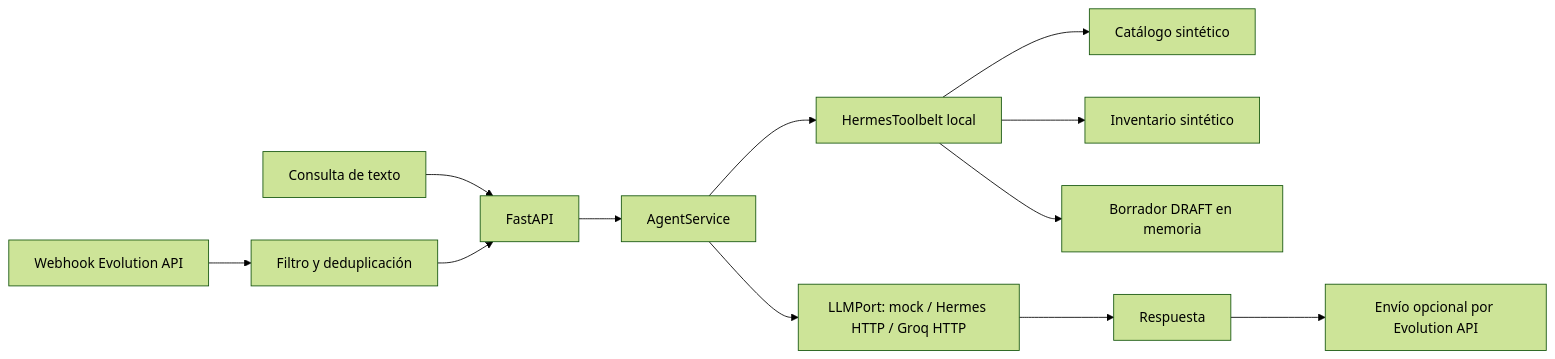
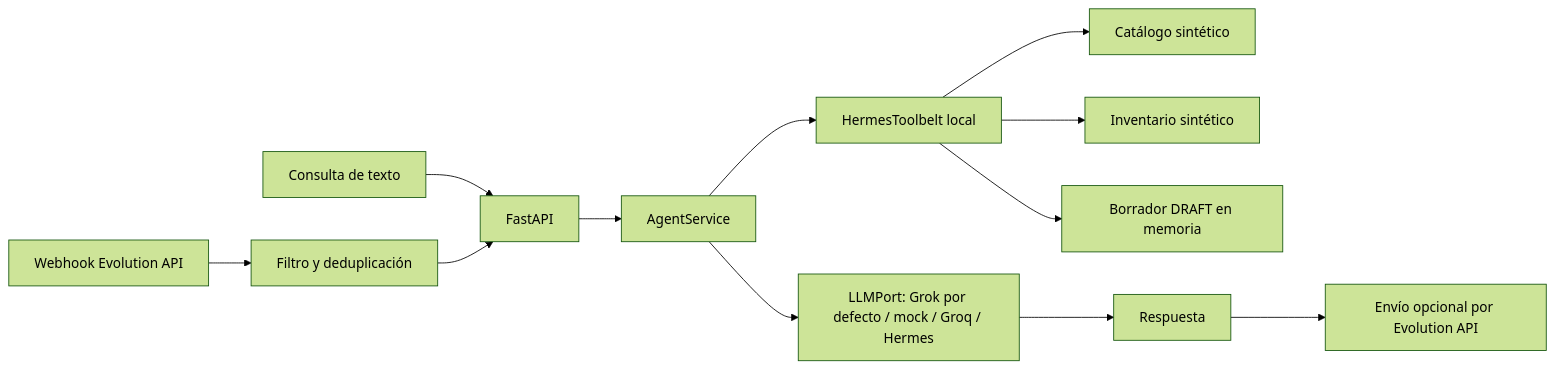
One commit to TuMinipeka/Xeon-agente-cotizaciones changed the diagram in README.md. Above: the diagram before and after it, drawn with Mermaid (forest theme). The commit also changed other lines of this file and 13 other files, not shown here.

````diff
--- a/README.md
+++ b/README.md
@@ -92,13 +98,13 @@
 ```mermaid
 flowchart LR
     C[Consulta de texto] --> A[FastAPI]
     W[Webhook Evolution API] --> F[Filtro y deduplicación] --> A
     A --> S[AgentService]
     S --> T[HermesToolbelt local]
     T --> P[Catálogo sintético]
     T --> I[Inventario sintético]
     T --> Q[Borrador DRAFT en memoria]
-    S --> L[LLMPort: mock / Hermes HTTP / Groq HTTP]
+    S --> L[LLMPort: Grok por defecto / mock / Groq / Hermes]
     L --> R[Respuesta]
     R --> E[Envío opcional por Evolution API]
 ```
````
